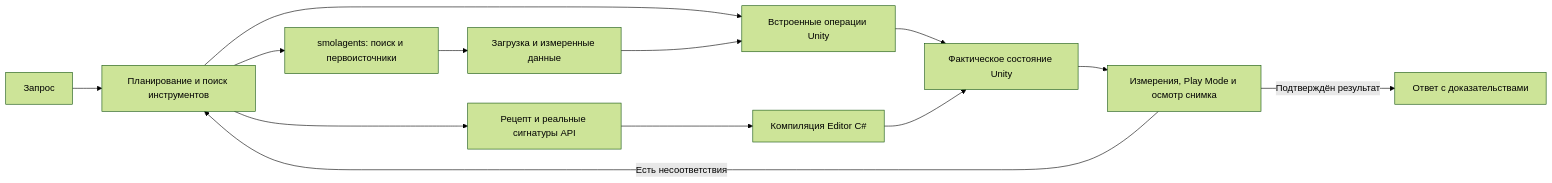
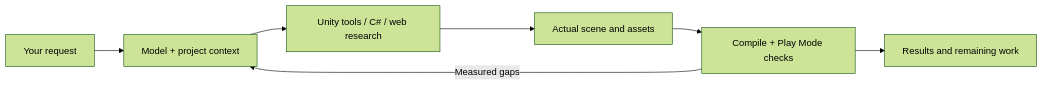
The diagram in README.md (saslekawaiii/scenepilot-unity), drawn with Mermaid (forest theme) before and after one commit. The commit also changed other lines of this file and 1594 other files, not shown here.

First line of the commit message:
Present ScenePilot as a product with clean public sources and measured validation

````diff
--- a/README.md
+++ b/README.md
@@ -31,15 +59,9 @@
 ```mermaid
 flowchart LR
-    U[Запрос] --> A[Планирование и поиск инструментов]
-    A --> T[Встроенные операции Unity]
-    A --> W[smolagents: поиск и первоисточники]
-    W --> H[Загрузка и измеренные данные]
-    H --> T
-    A --> R[Рецепт и реальные сигнатуры API]
-    R --> C[Компиляция Editor C#]
-    T --> S[Фактическое состояние Unity]
-    C --> S
-    S --> V[Измерения, Play Mode и осмотр снимка]
-    V -->|Есть несоответствия| A
-    V -->|Подтверждён результат| D[Ответ с доказательствами]
+    Request[Your request] --> Agent[Model + project context]
+    Agent --> Tools[Unity tools / C# / web research]
+    Tools --> State[Actual scene and assets]
+    State --> Check[Compile + Play Mode checks]
+    Check -->|Measured gaps| Agent
+    Check --> Evidence[Results and remaining work]
 ```
````
